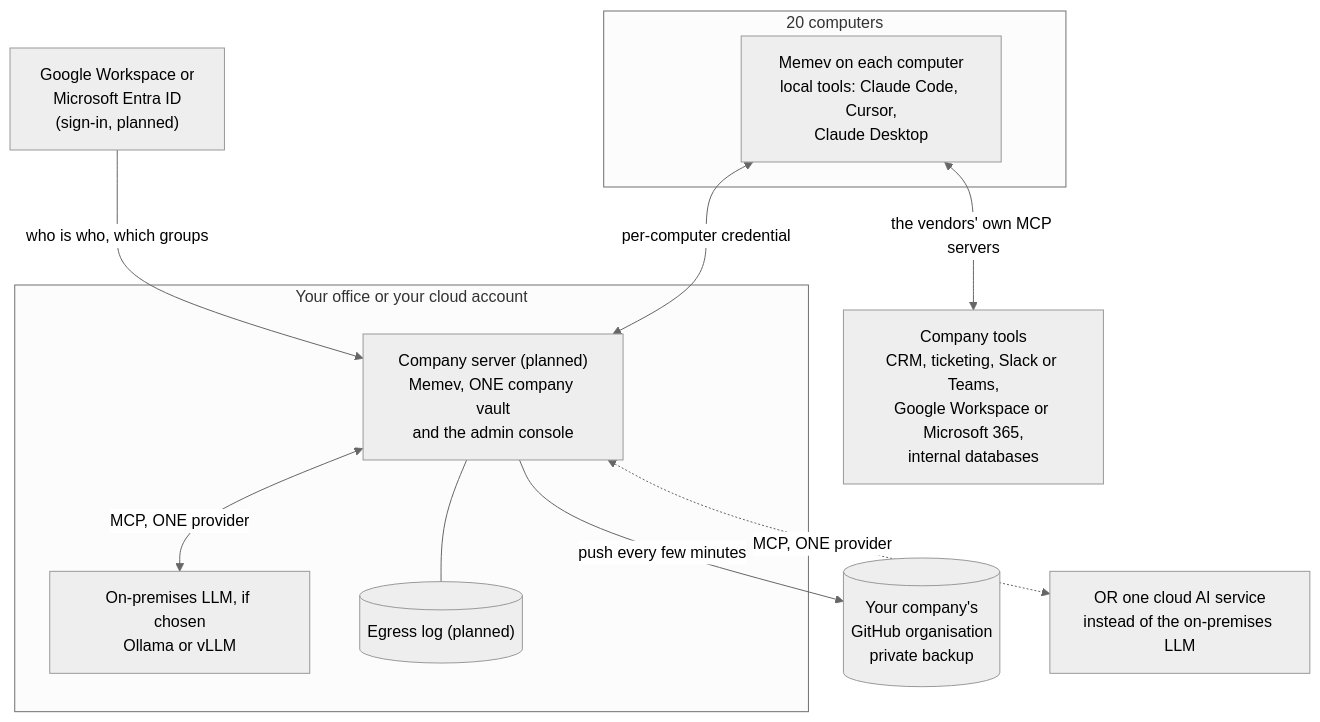
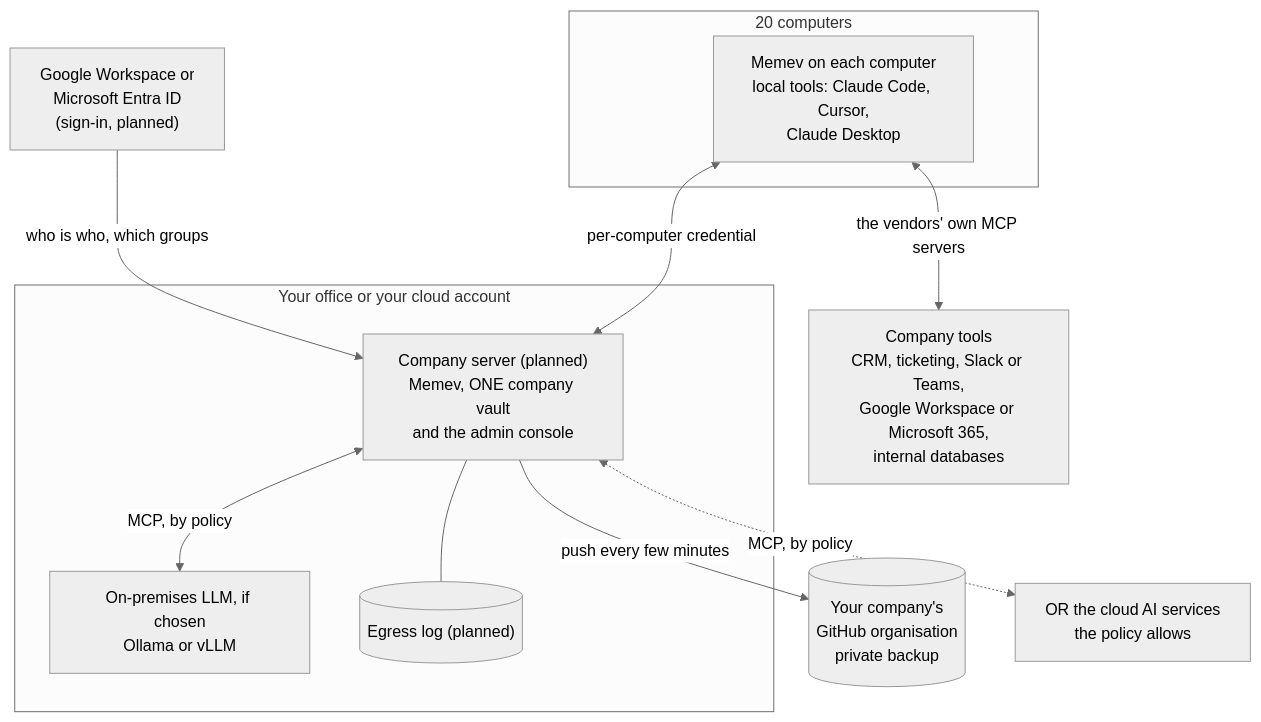
Before and after one commit to mgillr/memev: the second of 3 diagrams in docs/tiers/business.md, drawn with Mermaid (neutral theme). The commit also changed other lines of this file and 21 other files, not shown here.

````diff
--- a/docs/tiers/business.md
+++ b/docs/tiers/business.md
@@ -116,23 +132,23 @@
 ```mermaid
 flowchart TB
     subgraph office["Your office or your cloud account"]
         hub["Company server (planned)<br/>Memev, ONE company vault<br/>and the admin console"]
         model["On-premises LLM, if chosen<br/>Ollama or vLLM"]
         audit[("Egress log (planned)")]
         hub --- audit
     end
     subgraph staff["20 computers"]
         pcs["Memev on each computer<br/>local tools: Claude Code, Cursor,<br/>Claude Desktop"]
     end
     idp["Google Workspace or<br/>Microsoft Entra ID<br/>(sign-in, planned)"]
     git[("Your company's<br/>GitHub organisation<br/>private backup")]
-    cloud["OR one cloud AI service<br/>instead of the on-premises LLM"]
+    cloud["OR the cloud AI services<br/>the policy allows"]
     tools["Company tools<br/>CRM, ticketing, Slack or Teams,<br/>Google Workspace or Microsoft 365,<br/>internal databases"]
 
     pcs <-->|"per-computer credential"| hub
     idp -->|"who is who, which groups"| hub
     hub -->|"push every few minutes"| git
-    hub <-->|"MCP, ONE provider"| model
-    hub <-.->|"MCP, ONE provider"| cloud
+    hub <-->|"MCP, by policy"| model
+    hub <-.->|"MCP, by policy"| cloud
     pcs <-->|"the vendors' own MCP servers"| tools
 ```
````
